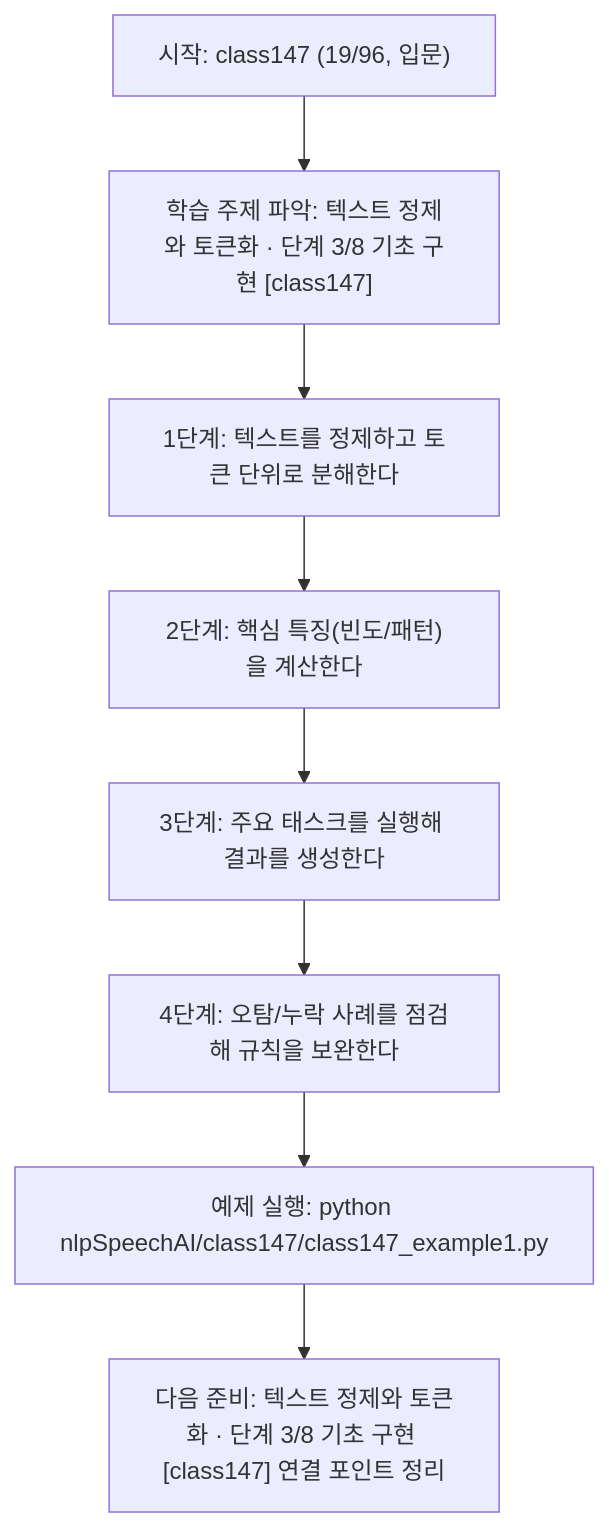
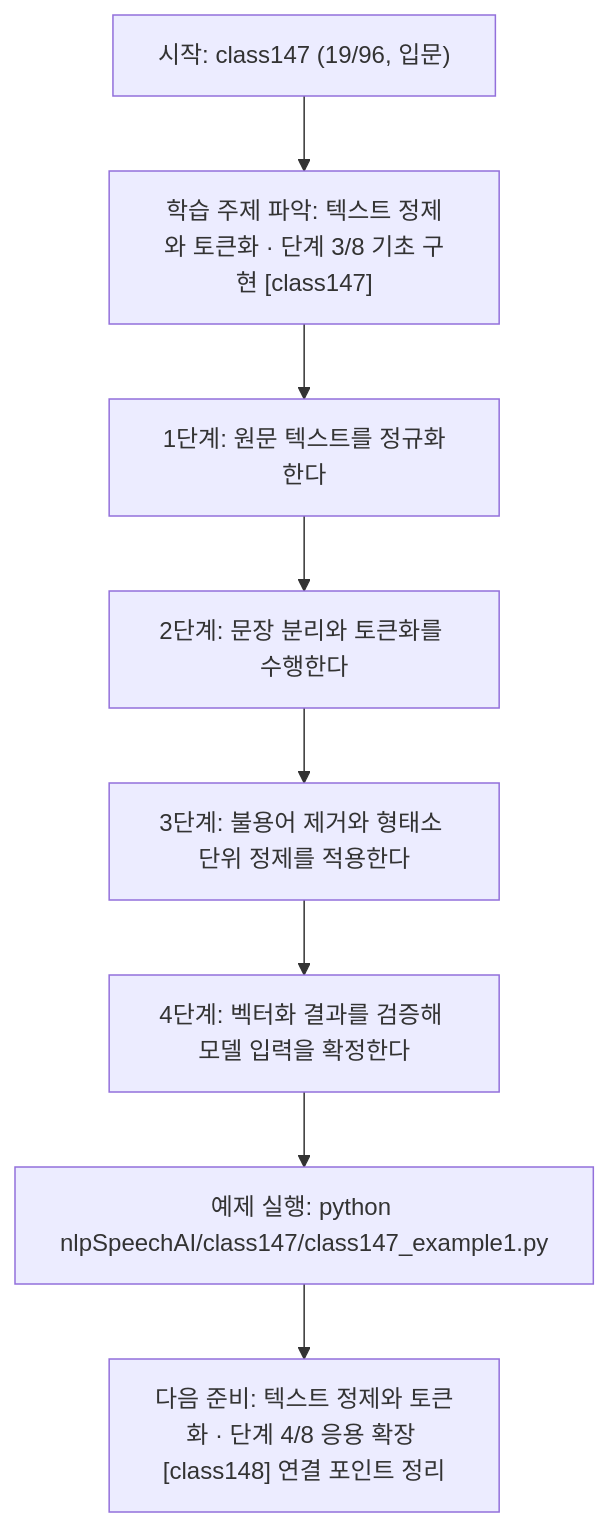
Before and after one commit to edumgt/Python-AI_Agent-Class: the diagram in nlpSpeechAI/class147/class147.md, drawn with Mermaid. The commit also changed other lines of this file and 1122 other files, not shown here.

````diff
--- a/nlpSpeechAI/class147/class147.md
+++ b/nlpSpeechAI/class147/class147.md
@@ -114,18 +95,18 @@
 ```mermaid
 flowchart TD
 N1["시작: class147 (19/96, 입문)"]
 N2["학습 주제 파악: 텍스트 정제와 토큰화 · 단계 3/8 기초 구현 [class147]"]
-N3["1단계: 텍스트를 정제하고 토큰 단위로 분해한다"]
-N4["2단계: 핵심 특징(빈도/패턴)을 계산한다"]
-N5["3단계: 주요 태스크를 실행해 결과를 생성한다"]
-N6["4단계: 오탐/누락 사례를 점검해 규칙을 보완한다"]
+N3["1단계: 원문 텍스트를 정규화한다"]
+N4["2단계: 문장 분리와 토큰화를 수행한다"]
+N5["3단계: 불용어 제거와 형태소 단위 정제를 적용한다"]
+N6["4단계: 벡터화 결과를 검증해 모델 입력을 확정한다"]
 N7["예제 실행: python nlpSpeechAI/class147/class147_example1.py"]
-N8["다음 준비: 텍스트 정제와 토큰화 · 단계 3/8 기초 구현 [class147] 연결 포인트 정리"]
+N8["다음 준비: 텍스트 정제와 토큰화 · 단계 4/8 응용 확장 [class148] 연결 포인트 정리"]
 N1 --> N2
 N2 --> N3
 N3 --> N4
 N4 --> N5
 N5 --> N6
 N6 --> N7
 N7 --> N8
 ```
````
